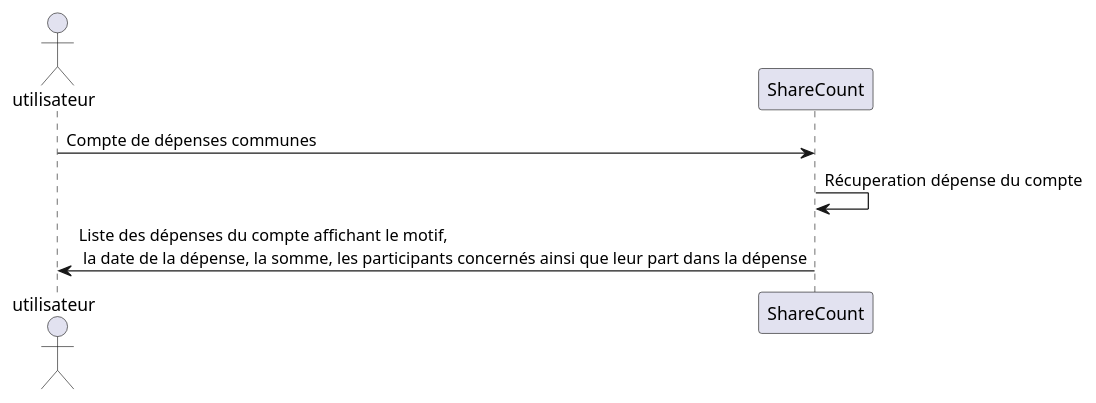
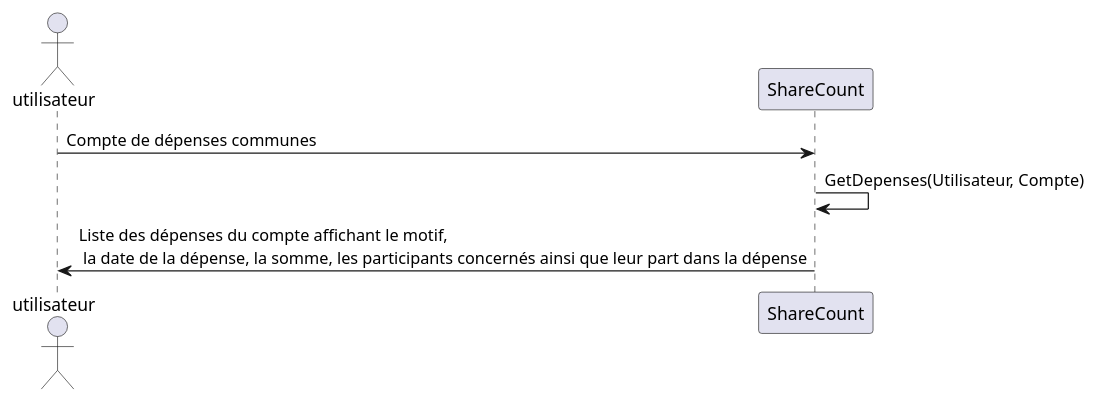
One commit to lmtb06/sharecount changed the diagram in diagrammes/conception/consulter-compte-depenses.puml. Above: the diagram before and after it, drawn with PlantUML. The commit also changed 2 other files, not shown here.

```diff
--- a/diagrammes/conception/consulter-compte-depenses.puml
+++ b/diagrammes/conception/consulter-compte-depenses.puml
@@ -1,10 +1,10 @@
 @startuml  Consulter un compte de dépenses
 
 actor utilisateur as user
 participant ShareCount as sc
 
 user 	-> sc 		: Compte de dépenses communes
-sc 		-> sc 		: Récuperation dépense du compte
+sc 		-> sc 		: GetDepenses(Utilisateur, Compte)
 user 	<- sc 		: Liste des dépenses du compte affichant le motif,\n la date de la dépense, la somme, les participants concernés ainsi que leur part dans la dépense
 
 @enduml
```
